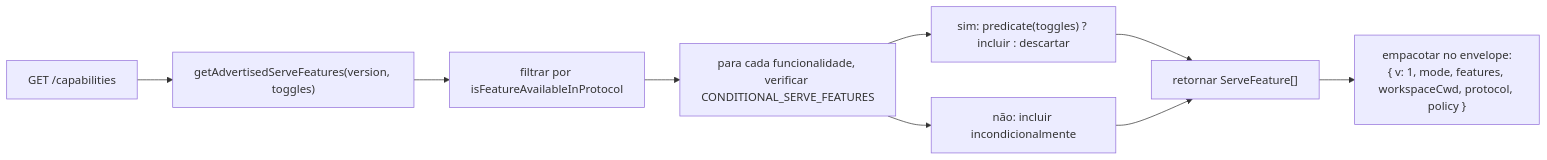
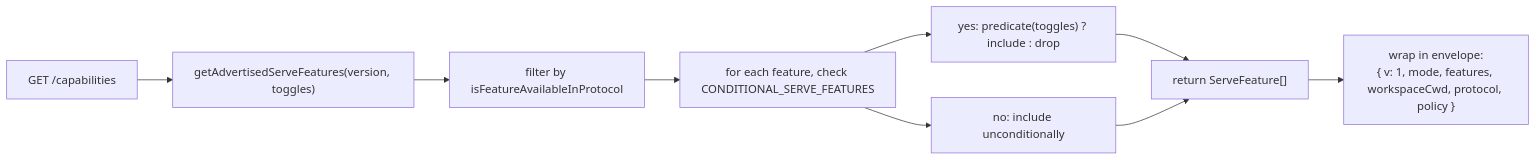
Before and after one commit to QwenLM/qwen-code-docs: the first of 2 diagrams in website/content/pt-BR/developers/daemon/11-capabilities-versioning.md, drawn with Mermaid. The commit also changed other lines of this file and 1077 other files, not shown here.

````diff
--- a/website/content/pt-BR/developers/daemon/11-capabilities-versioning.md
+++ b/website/content/pt-BR/developers/daemon/11-capabilities-versioning.md
@@ -117,11 +118,11 @@
 ```mermaid
 flowchart LR
     A["GET /capabilities"] --> B["getAdvertisedServeFeatures(version, toggles)"]
-    B --> C["filtrar por isFeatureAvailableInProtocol"]
-    C --> D["para cada funcionalidade, verificar CONDITIONAL_SERVE_FEATURES"]
-    D --> E["sim: predicate(toggles) ? incluir : descartar"]
-    D --> F["não: incluir incondicionalmente"]
-    E --> G["retornar ServeFeature[]"]
+    B --> C["filter by isFeatureAvailableInProtocol"]
+    C --> D["for each feature, check CONDITIONAL_SERVE_FEATURES"]
+    D --> E["yes: predicate(toggles) ? include : drop"]
+    D --> F["no: include unconditionally"]
+    E --> G["return ServeFeature[]"]
     F --> G
-    G --> H["empacotar no envelope:<br/>{ v: 1, mode, features, workspaceCwd, protocol, policy }"]
+    G --> H["wrap in envelope:<br/>{ v: 1, mode, features, workspaceCwd, protocol, policy }"]
 ```
````
